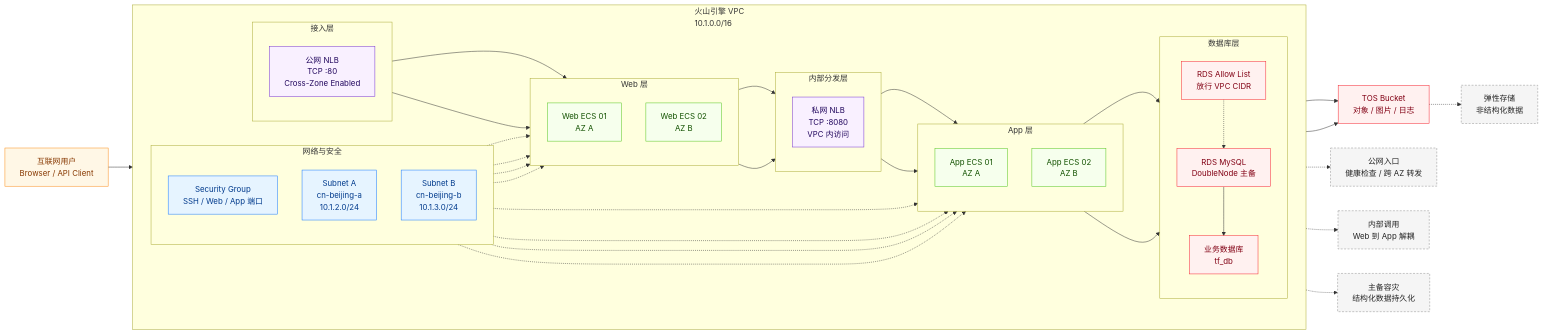
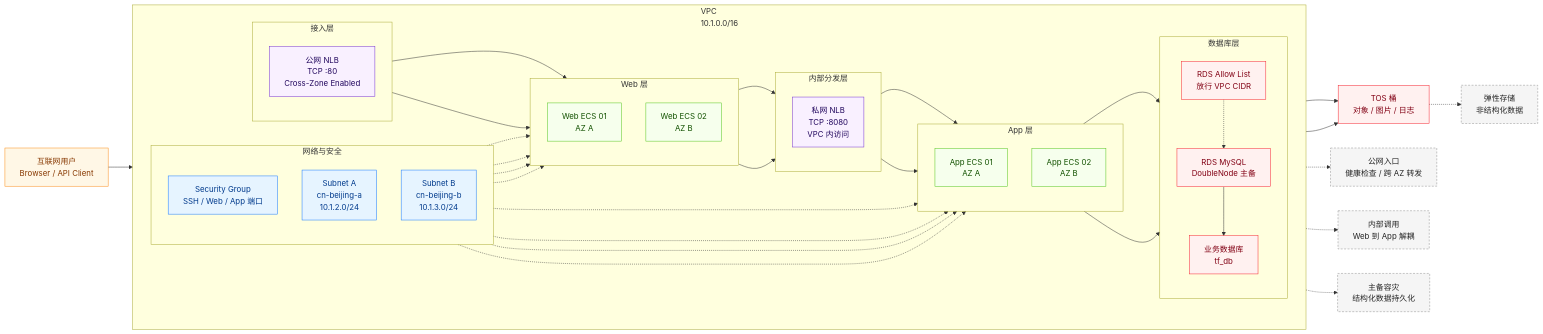
The diagram in README.md (terraform-volcenginecc-modules/terraform-volcenginecc-scalable-web-application), drawn with Mermaid before and after one commit. The commit also changed other lines of this file, not shown here.

````diff
--- a/README.md
+++ b/README.md
@@ -28,82 +28,82 @@
 ```mermaid
 flowchart LR
     classDef user fill:#FFF7E6,stroke:#FA8C16,color:#873800,stroke-width:1px;
     classDef network fill:#E6F4FF,stroke:#1677FF,color:#003A8C,stroke-width:1px;
     classDef compute fill:#F6FFED,stroke:#52C41A,color:#135200,stroke-width:1px;
     classDef lb fill:#F9F0FF,stroke:#722ED1,color:#22075E,stroke-width:1px;
     classDef data fill:#FFF1F0,stroke:#F5222D,color:#820014,stroke-width:1px;
     classDef note fill:#F5F5F5,stroke:#8C8C8C,color:#262626,stroke-dasharray: 4 3;
 
     Client["互联网用户<br/>Browser / API Client"]:::user
 
-    subgraph VPC["火山引擎 VPC<br/>10.1.0.0/16"]
+    subgraph VPC["VPC<br/>10.1.0.0/16"]
         direction LR
 
         subgraph Net["网络与安全"]
             direction TB
             SG["Security Group<br/>SSH / Web / App 端口"]:::network
             SubnetA["Subnet A<br/>cn-beijing-a<br/>10.1.2.0/24"]:::network
             SubnetB["Subnet B<br/>cn-beijing-b<br/>10.1.3.0/24"]:::network
         end
 
         subgraph Ingress["接入层"]
             direction TB
             PublicNLB["公网 NLB<br/>TCP :80<br/>Cross-Zone Enabled"]:::lb
         end
 
         subgraph WebTier["Web 层"]
             direction TB
             WebA["Web ECS 01<br/>AZ A"]:::compute
             WebB["Web ECS 02<br/>AZ B"]:::compute
         end
 
         subgraph InternalLB["内部分发层"]
             direction TB
             PrivateNLB["私网 NLB<br/>TCP :8080<br/>VPC 内访问"]:::lb
         end
 
         subgraph AppTier["App 层"]
             direction TB
             AppA["App ECS 01<br/>AZ A"]:::compute
             AppB["App ECS 02<br/>AZ B"]:::compute
         end
 
         subgraph Database["数据库层"]
             direction TB
             RDS["RDS MySQL<br/>DoubleNode 主备"]:::data
             DB["业务数据库<br/>tf_db"]:::data
             AllowList["RDS Allow List<br/>放行 VPC CIDR"]:::data
         end
     end
 
-    TOS["TOS Bucket<br/>对象 / 图片 / 日志"]:::data
+    TOS["TOS 桶<br/>对象 / 图片 / 日志"]:::data
 
     Client --> PublicNLB
     PublicNLB --> WebA
     PublicNLB --> WebB
     WebA --> PrivateNLB
     WebB --> PrivateNLB
     PrivateNLB --> AppA
     PrivateNLB --> AppB
     AppA --> RDS
     AppB --> RDS
     RDS --> DB
     AllowList -.-> RDS
     AppA --> TOS
     AppB --> TOS
 
     SG -.-> WebA
     SG -.-> WebB
     SG -.-> AppA
     SG -.-> AppB
 
     SubnetA -.-> WebA
     SubnetA -.-> AppA
     SubnetB -.-> WebB
     SubnetB -.-> AppB
 
     PublicNLB -.-> N1["公网入口<br/>健康检查 / 跨 AZ 转发"]:::note
     PrivateNLB -.-> N2["内部调用<br/>Web 到 App 解耦"]:::note
     RDS -.-> N3["主备容灾<br/>结构化数据持久化"]:::note
     TOS -.-> N4["弹性存储<br/>非结构化数据"]:::note
 ```
````
